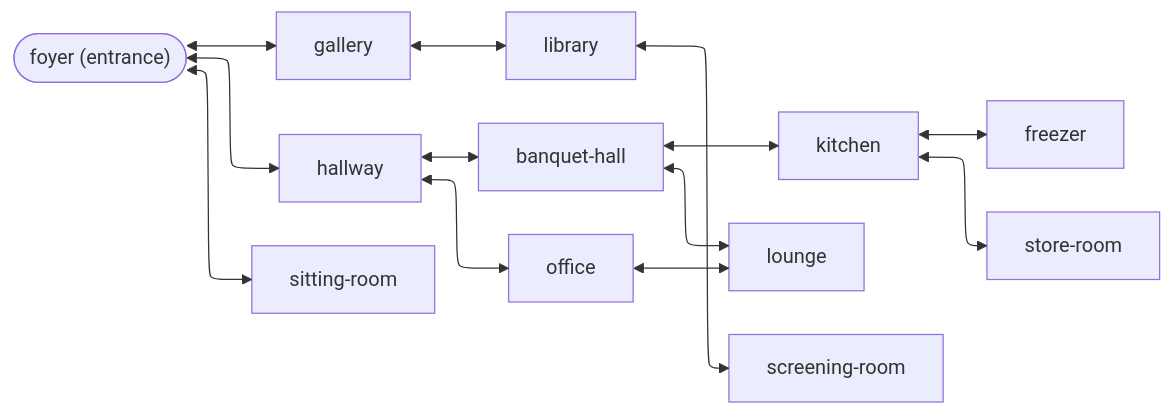
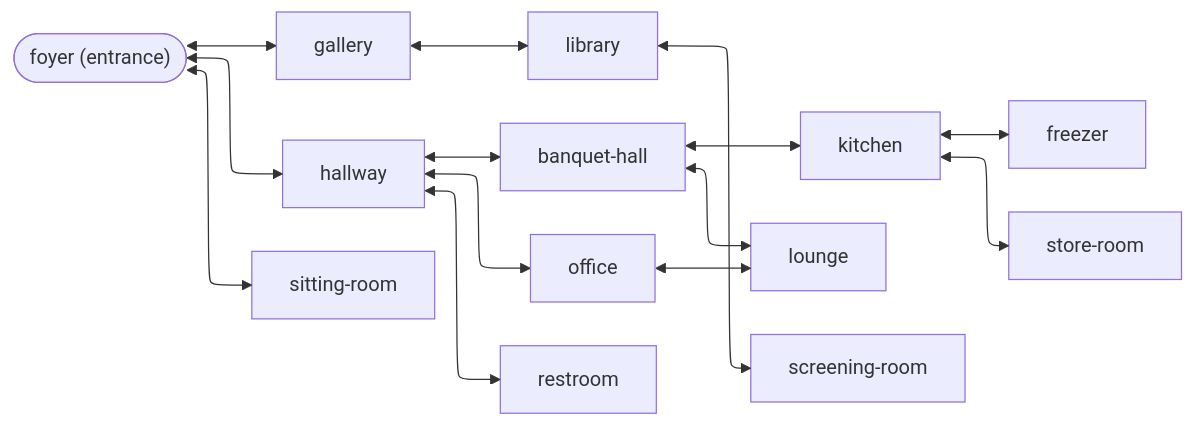
Before and after one commit to frizzle-chan/mudd: the diagram in data/worlds/mansion-map.mmd, drawn with Mermaid.

Commit message:
update map

```diff
--- a/data/worlds/mansion-map.mmd
+++ b/data/worlds/mansion-map.mmd
@@ -1,18 +1,19 @@
 ---
 config:
     layout: elk
 ---
 graph LR
     foyer@{ shape: stadium, label: "foyer (entrance)" }
     foyer <--> gallery
     foyer <--> hallway
     foyer <--> sitting-room
     gallery <--> library
     hallway <--> banquet-hall
     hallway <--> office
+    hallway <--> restroom
     banquet-hall <--> kitchen
     banquet-hall <--> lounge
     library <--> screening-room
     office <--> lounge
     kitchen <--> freezer
     kitchen <--> store-room
```
